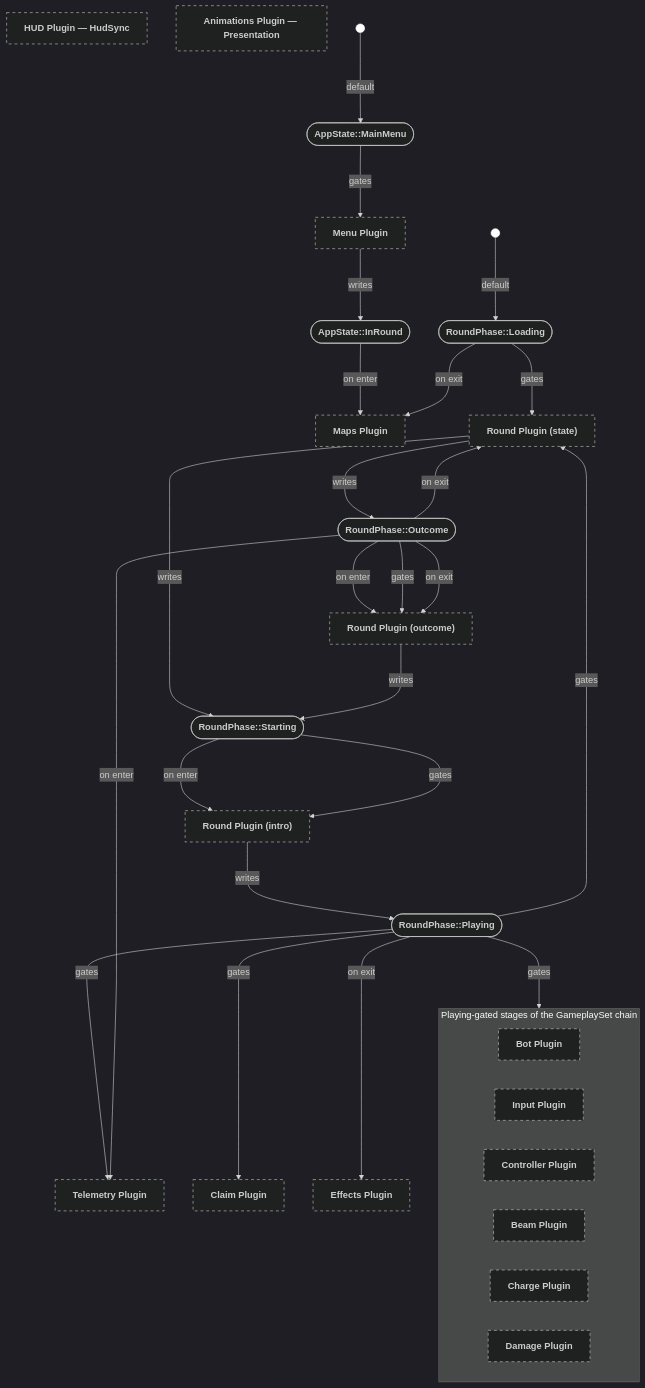
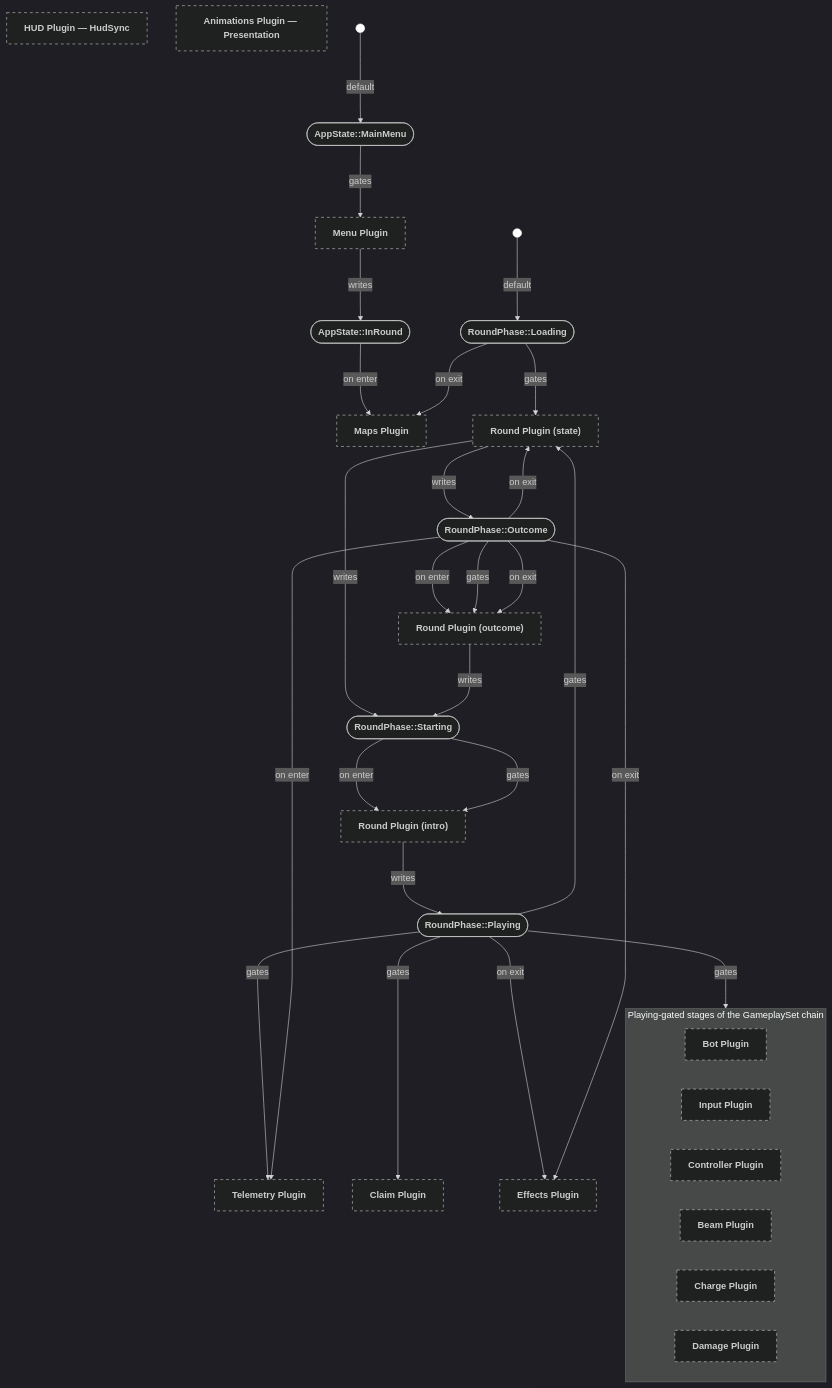
The diagram in backlog/docs/doc-24 - 000-Plugin-state-relationships.md (neurosoup/tyled), drawn with Mermaid before and after one commit. The commit also changed other lines of this file and 10 other files, not shown here.

````diff
--- a/backlog/docs/doc-24 - 000-Plugin-state-relationships.md
+++ b/backlog/docs/doc-24 - 000-Plugin-state-relationships.md
@@ -88,76 +88,77 @@
 ```mermaid
 ---
 config:
   theme: dark
 ---
 
 flowchart TD
 classDef system-group stroke-dasharray: 5 5
 classDef default-marker fill:#fff,stroke:#fff
 
 menu_plugin["`**Menu Plugin**`"]:::system-group
 maps_plugin["`**Maps Plugin**`"]:::system-group
 round_state_plugin["`**Round Plugin (state)**`"]:::system-group
 round_intro_plugin["`**Round Plugin (intro)**`"]:::system-group
 round_outcome_plugin["`**Round Plugin (outcome)**`"]:::system-group
 bot_plugin["`**Bot Plugin**`"]:::system-group
 inputs_plugin["`**Input Plugin**`"]:::system-group
 controller_plugin["`**Controller Plugin**`"]:::system-group
 beam_plugin["`**Beam Plugin**`"]:::system-group
 charge_plugin["`**Charge Plugin**`"]:::system-group
 damage_plugin["`**Damage Plugin**`"]:::system-group
 telemetry_plugin["`**Telemetry Plugin**`"]:::system-group
 effects_plugin["`**Effects Plugin**`"]:::system-group
 claim_plugin["`**Claim Plugin**`"]:::system-group
 hud_plugin["`**HUD Plugin — HudSync**`"]:::system-group
 animations_plugin["`**Animations Plugin — Presentation**`"]:::system-group
 
 app_main_menu(["`**AppState::MainMenu**`"])
 app_in_round(["`**AppState::InRound**`"])
 
 phase_loading(["`**RoundPhase::Loading**`"])
 phase_starting(["`**RoundPhase::Starting**`"])
 phase_playing(["`**RoundPhase::Playing**`"])
 phase_outcome(["`**RoundPhase::Outcome**`"])
 
 default_app((" ")):::default-marker
 default_round((" ")):::default-marker
 
 default_app ---> |default| app_main_menu
 default_round ---> |default| phase_loading
 
 app_main_menu ---> |gates| menu_plugin
 menu_plugin ---> |writes| app_in_round
 app_in_round ---> |on enter| maps_plugin
 
 phase_loading ---> |gates| round_state_plugin
 round_state_plugin ---> |writes| phase_starting
 phase_loading ---> |on exit| maps_plugin
 
 phase_starting ---> |on enter| round_intro_plugin
 phase_starting ---> |gates| round_intro_plugin
 round_intro_plugin ---> |writes| phase_playing
 
 subgraph pipeline ["Playing-gated stages of the GameplaySet chain"]
   bot_plugin
   inputs_plugin
   controller_plugin
   beam_plugin
   charge_plugin
   damage_plugin
 end
 
 phase_playing ---> |gates| pipeline
 phase_playing ---> |gates| round_state_plugin
 round_state_plugin ---> |writes| phase_outcome
 phase_playing ---> |gates| telemetry_plugin
 phase_playing ---> |gates| claim_plugin
 phase_playing ---> |on exit| effects_plugin
 
 phase_outcome ---> |on enter| round_outcome_plugin
 phase_outcome ---> |gates| round_outcome_plugin
 phase_outcome ---> |on enter| telemetry_plugin
 phase_outcome ---> |on exit| round_state_plugin
 phase_outcome ---> |on exit| round_outcome_plugin
+phase_outcome ---> |on exit| effects_plugin
 round_outcome_plugin ---> |writes| phase_starting
 ```
````
